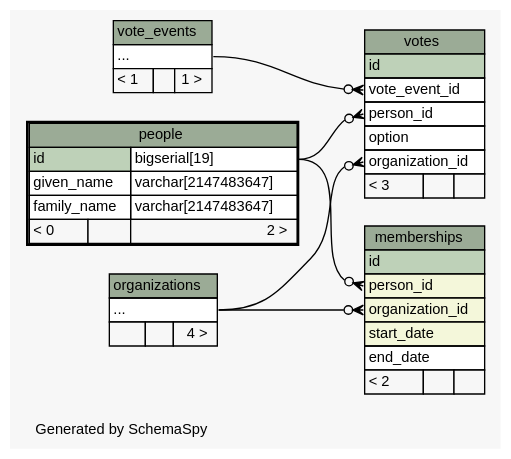
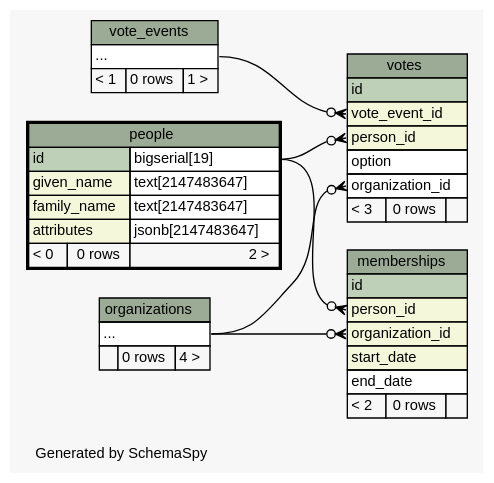
Before and after one commit to michalskop/hlasovali.cz: the diagram in api/schema/diagrams/people.2degrees.dot, drawn with Graphviz. The commit also changed 249 other files, not shown here.

```diff
--- a/api/schema/diagrams/people.2degrees.dot
+++ b/api/schema/diagrams/people.2degrees.dot
@@ -1,87 +1,88 @@
-// dot 2.36.0 on Linux 3.13.0-85-generic
+// dot 2.36.0 on Linux 3.13.0-91-generic
 // SchemaSpy rev 590
 digraph "twoDegreesRelationshipsDiagram" {
   graph [
     rankdir="RL"
     bgcolor="#f7f7f7"
     label="\nGenerated by SchemaSpy"
     labeljust="l"
     nodesep="0.18"
     ranksep="0.46"
     fontname="Helvetica"
     fontsize="11"
   ];
   node [
     fontname="Helvetica"
     fontsize="11"
     shape="plaintext"
   ];
   edge [
     arrowsize="0.8"
   ];
   "memberships":"organization_id":w -> "organizations":"elipses":e [arrowhead=none dir=back arrowtail=crowodot];
   "memberships":"person_id":w -> "people":"id.type":e [arrowhead=none dir=back arrowtail=crowodot];
   "votes":"organization_id":w -> "organizations":"elipses":e [arrowhead=none dir=back arrowtail=crowodot];
   "votes":"person_id":w -> "people":"id.type":e [arrowhead=none dir=back arrowtail=crowodot];
   "votes":"vote_event_id":w -> "vote_events":"elipses":e [arrowhead=none dir=back arrowtail=crowodot];
   "memberships" [
     label=<
     <TABLE BORDER="0" CELLBORDER="1" CELLSPACING="0" BGCOLOR="#ffffff">
       <TR><TD COLSPAN="3" BGCOLOR="#9bab96" ALIGN="CENTER">memberships</TD></TR>
       <TR><TD PORT="id" COLSPAN="3" BGCOLOR="#bed1b8" ALIGN="LEFT">id</TD></TR>
       <TR><TD PORT="person_id" COLSPAN="3" BGCOLOR="#f4f7da" ALIGN="LEFT">person_id</TD></TR>
       <TR><TD PORT="organization_id" COLSPAN="3" BGCOLOR="#f4f7da" ALIGN="LEFT">organization_id</TD></TR>
       <TR><TD PORT="start_date" COLSPAN="3" BGCOLOR="#f4f7da" ALIGN="LEFT">start_date</TD></TR>
       <TR><TD PORT="end_date" COLSPAN="3" ALIGN="LEFT">end_date</TD></TR>
-      <TR><TD ALIGN="LEFT" BGCOLOR="#f7f7f7">&lt; 2</TD><TD ALIGN="RIGHT" BGCOLOR="#f7f7f7">  </TD><TD ALIGN="RIGHT" BGCOLOR="#f7f7f7">  </TD></TR>
+      <TR><TD ALIGN="LEFT" BGCOLOR="#f7f7f7">&lt; 2</TD><TD ALIGN="RIGHT" BGCOLOR="#f7f7f7">0 rows</TD><TD ALIGN="RIGHT" BGCOLOR="#f7f7f7">  </TD></TR>
     </TABLE>>
     URL="memberships.html"
     tooltip="memberships"
   ];
   "organizations" [
     label=<
     <TABLE BORDER="0" CELLBORDER="1" CELLSPACING="0" BGCOLOR="#ffffff">
       <TR><TD COLSPAN="3" BGCOLOR="#9bab96" ALIGN="CENTER">organizations</TD></TR>
       <TR><TD PORT="elipses" COLSPAN="3" ALIGN="LEFT">...</TD></TR>
-      <TR><TD ALIGN="LEFT" BGCOLOR="#f7f7f7">  </TD><TD ALIGN="RIGHT" BGCOLOR="#f7f7f7">  </TD><TD ALIGN="RIGHT" BGCOLOR="#f7f7f7">4 &gt;</TD></TR>
+      <TR><TD ALIGN="LEFT" BGCOLOR="#f7f7f7">  </TD><TD ALIGN="RIGHT" BGCOLOR="#f7f7f7">0 rows</TD><TD ALIGN="RIGHT" BGCOLOR="#f7f7f7">4 &gt;</TD></TR>
     </TABLE>>
     URL="organizations.html"
     tooltip="organizations"
   ];
   "people" [
     label=<
     <TABLE BORDER="2" CELLBORDER="1" CELLSPACING="0" BGCOLOR="#ffffff">
       <TR><TD COLSPAN="3" BGCOLOR="#9bab96" ALIGN="CENTER">people</TD></TR>
       <TR><TD PORT="id" COLSPAN="2" BGCOLOR="#bed1b8" ALIGN="LEFT">id</TD><TD PORT="id.type" ALIGN="LEFT">bigserial[19]</TD></TR>
-      <TR><TD PORT="given_name" COLSPAN="2" ALIGN="LEFT">given_name</TD><TD PORT="given_name.type" ALIGN="LEFT">varchar[2147483647]</TD></TR>
-      <TR><TD PORT="family_name" COLSPAN="2" ALIGN="LEFT">family_name</TD><TD PORT="family_name.type" ALIGN="LEFT">varchar[2147483647]</TD></TR>
-      <TR><TD ALIGN="LEFT" BGCOLOR="#f7f7f7">&lt; 0</TD><TD ALIGN="RIGHT" BGCOLOR="#f7f7f7">  </TD><TD ALIGN="RIGHT" BGCOLOR="#f7f7f7">2 &gt;</TD></TR>
+      <TR><TD PORT="given_name" COLSPAN="2" BGCOLOR="#f4f7da" ALIGN="LEFT">given_name</TD><TD PORT="given_name.type" ALIGN="LEFT">text[2147483647]</TD></TR>
+      <TR><TD PORT="family_name" COLSPAN="2" BGCOLOR="#f4f7da" ALIGN="LEFT">family_name</TD><TD PORT="family_name.type" ALIGN="LEFT">text[2147483647]</TD></TR>
+      <TR><TD PORT="attributes" COLSPAN="2" BGCOLOR="#f4f7da" ALIGN="LEFT">attributes</TD><TD PORT="attributes.type" ALIGN="LEFT">jsonb[2147483647]</TD></TR>
+      <TR><TD ALIGN="LEFT" BGCOLOR="#f7f7f7">&lt; 0</TD><TD ALIGN="RIGHT" BGCOLOR="#f7f7f7">0 rows</TD><TD ALIGN="RIGHT" BGCOLOR="#f7f7f7">2 &gt;</TD></TR>
     </TABLE>>
     URL="people.html"
     tooltip="people"
   ];
   "vote_events" [
     label=<
     <TABLE BORDER="0" CELLBORDER="1" CELLSPACING="0" BGCOLOR="#ffffff">
       <TR><TD COLSPAN="3" BGCOLOR="#9bab96" ALIGN="CENTER">vote_events</TD></TR>
       <TR><TD PORT="elipses" COLSPAN="3" ALIGN="LEFT">...</TD></TR>
-      <TR><TD ALIGN="LEFT" BGCOLOR="#f7f7f7">&lt; 1</TD><TD ALIGN="RIGHT" BGCOLOR="#f7f7f7">  </TD><TD ALIGN="RIGHT" BGCOLOR="#f7f7f7">1 &gt;</TD></TR>
+      <TR><TD ALIGN="LEFT" BGCOLOR="#f7f7f7">&lt; 1</TD><TD ALIGN="RIGHT" BGCOLOR="#f7f7f7">0 rows</TD><TD ALIGN="RIGHT" BGCOLOR="#f7f7f7">1 &gt;</TD></TR>
     </TABLE>>
     URL="vote_events.html"
     tooltip="vote_events"
   ];
   "votes" [
     label=<
     <TABLE BORDER="0" CELLBORDER="1" CELLSPACING="0" BGCOLOR="#ffffff">
       <TR><TD COLSPAN="3" BGCOLOR="#9bab96" ALIGN="CENTER">votes</TD></TR>
       <TR><TD PORT="id" COLSPAN="3" BGCOLOR="#bed1b8" ALIGN="LEFT">id</TD></TR>
-      <TR><TD PORT="vote_event_id" COLSPAN="3" ALIGN="LEFT">vote_event_id</TD></TR>
-      <TR><TD PORT="person_id" COLSPAN="3" ALIGN="LEFT">person_id</TD></TR>
+      <TR><TD PORT="vote_event_id" COLSPAN="3" BGCOLOR="#f4f7da" ALIGN="LEFT">vote_event_id</TD></TR>
+      <TR><TD PORT="person_id" COLSPAN="3" BGCOLOR="#f4f7da" ALIGN="LEFT">person_id</TD></TR>
       <TR><TD PORT="option" COLSPAN="3" ALIGN="LEFT">option</TD></TR>
       <TR><TD PORT="organization_id" COLSPAN="3" ALIGN="LEFT">organization_id</TD></TR>
-      <TR><TD ALIGN="LEFT" BGCOLOR="#f7f7f7">&lt; 3</TD><TD ALIGN="RIGHT" BGCOLOR="#f7f7f7">  </TD><TD ALIGN="RIGHT" BGCOLOR="#f7f7f7">  </TD></TR>
+      <TR><TD ALIGN="LEFT" BGCOLOR="#f7f7f7">&lt; 3</TD><TD ALIGN="RIGHT" BGCOLOR="#f7f7f7">0 rows</TD><TD ALIGN="RIGHT" BGCOLOR="#f7f7f7">  </TD></TR>
     </TABLE>>
     URL="votes.html"
     tooltip="votes"
   ];
 }
```
